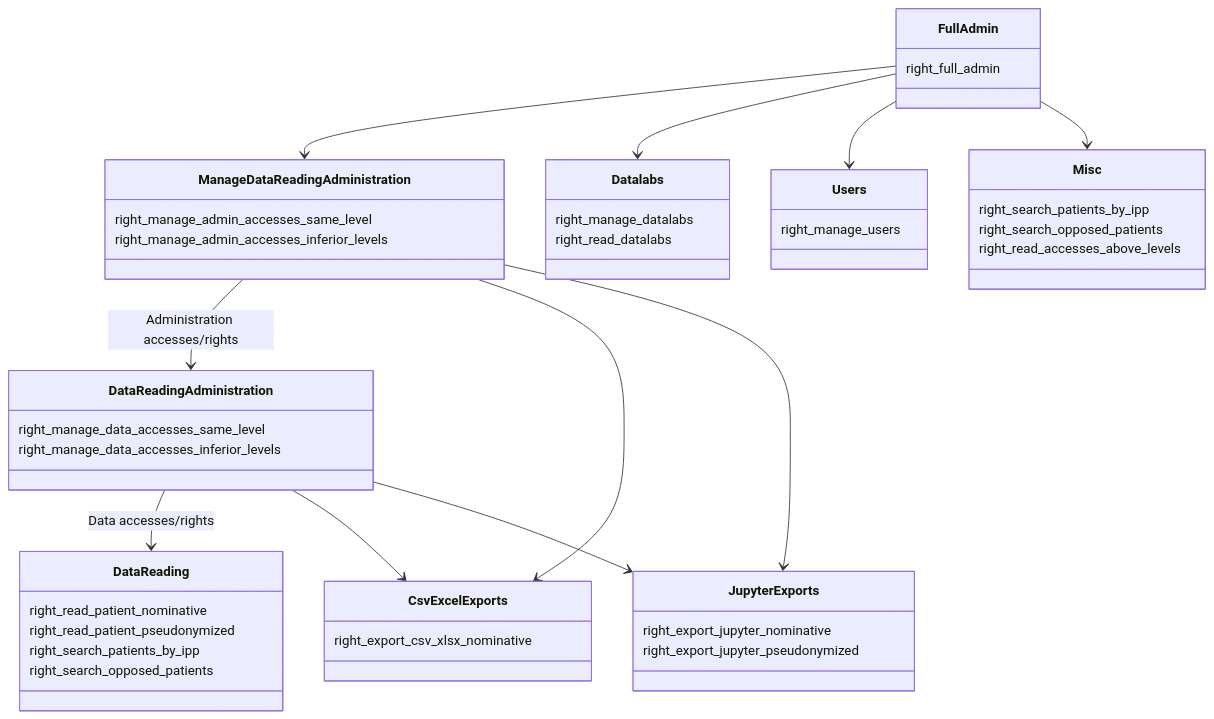
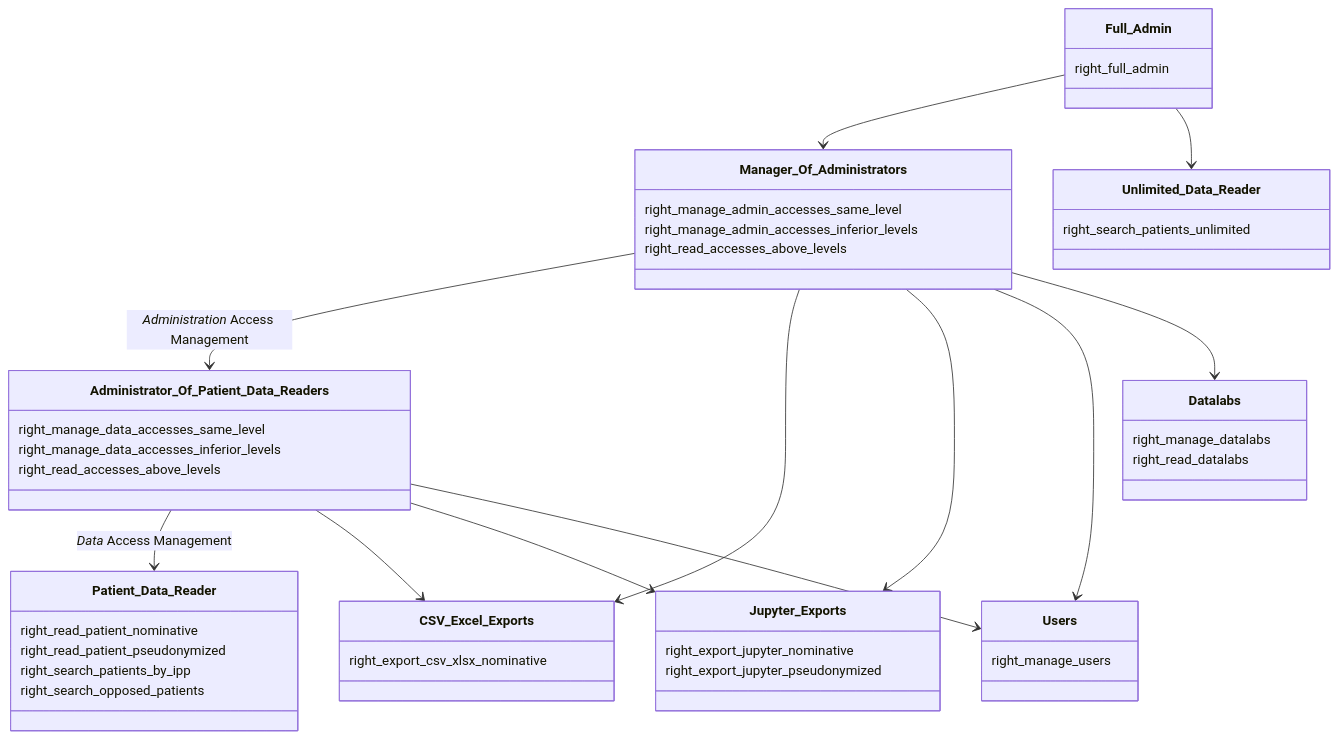
Before and after one commit to aphp/Cohort360-Back-end: the diagram in .docs/rights_schema.md, drawn with Mermaid. The commit also changed other lines of this file and 2 other files, not shown here.

Commit message:
docs(accesses): roles management rules

````diff
--- a/.docs/rights_schema.md
+++ b/.docs/rights_schema.md
@@ -44,49 +1,51 @@
 ```mermaid
 classDiagram
-class FullAdmin {
+class Full_Admin {
   right_full_admin
 }
-class ManageDataReadingAdministration {
+class Unlimited_Data_Reader {
+  right_search_patients_unlimited
+}
+class Manager_Of_Administrators {
   right_manage_admin_accesses_same_level
   right_manage_admin_accesses_inferior_levels
+  right_read_accesses_above_levels
 }
-class DataReadingAdministration {
+class Administrator_Of_Patient_Data_Readers {
   right_manage_data_accesses_same_level
   right_manage_data_accesses_inferior_levels
+  right_read_accesses_above_levels
 }
-class DataReading {
+class Patient_Data_Reader {
   right_read_patient_nominative
   right_read_patient_pseudonymized
   right_search_patients_by_ipp
   right_search_opposed_patients
 }
-class CsvExcelExports {
+class CSV_Excel_Exports {
   right_export_csv_xlsx_nominative
 }
-class JupyterExports {
+class Jupyter_Exports {
   right_export_jupyter_nominative
   right_export_jupyter_pseudonymized
+}
+class Users {
+  right_manage_users
 }
 class Datalabs {
   right_manage_datalabs
   right_read_datalabs
 }
-class Users {
-  right_manage_users
-}
-class Misc {
-  right_search_patients_by_ipp
-  right_search_opposed_patients
-  right_read_accesses_above_levels
-}
-FullAdmin --> ManageDataReadingAdministration
-ManageDataReadingAdministration --> DataReadingAdministration : Administration accesses/rights
-DataReadingAdministration --> DataReading : Data accesses/rights
-ManageDataReadingAdministration --> CsvExcelExports
-DataReadingAdministration --> CsvExcelExports
-ManageDataReadingAdministration --> JupyterExports
-DataReadingAdministration --> JupyterExports
-FullAdmin --> Datalabs
-FullAdmin --> Users
-FullAdmin --> Misc
+
+Full_Admin --> Manager_Of_Administrators
+Full_Admin --> Unlimited_Data_Reader
+Manager_Of_Administrators --> Administrator_Of_Patient_Data_Readers : *Administration* Access Management 
+Administrator_Of_Patient_Data_Readers --> Patient_Data_Reader : *Data* Access Management
+Manager_Of_Administrators --> CSV_Excel_Exports
+Manager_Of_Administrators --> Jupyter_Exports
+Manager_Of_Administrators --> Users
+Manager_Of_Administrators --> Datalabs
+Administrator_Of_Patient_Data_Readers --> CSV_Excel_Exports
+Administrator_Of_Patient_Data_Readers --> Jupyter_Exports
+Administrator_Of_Patient_Data_Readers --> Users
 ```
````
